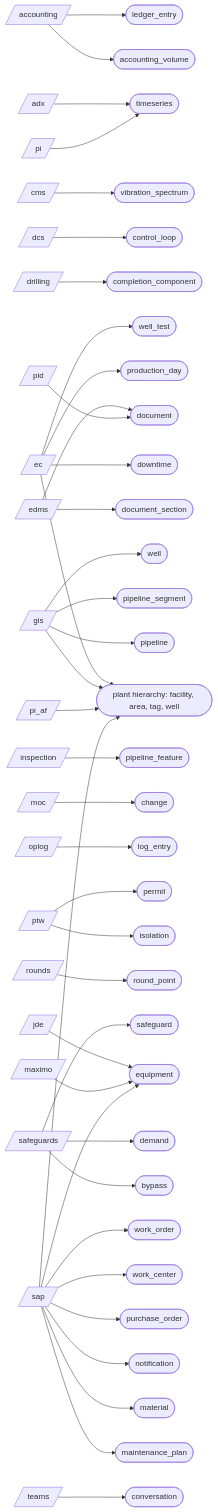
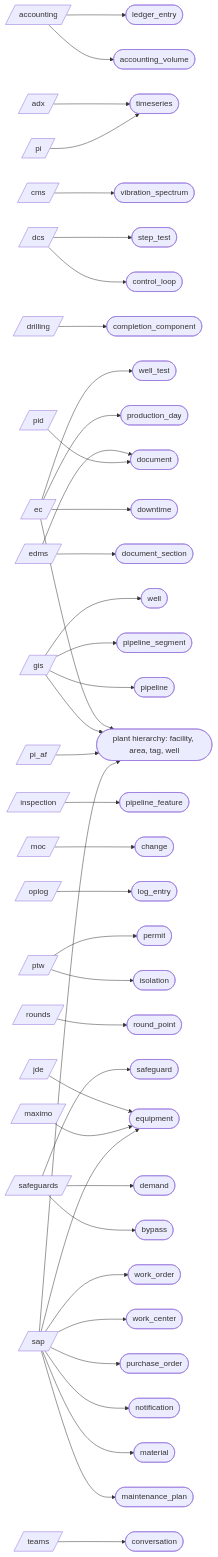
The second of 3 diagrams in docs/architecture.md (areed145/fuzer), drawn with Mermaid before and after one commit. The commit also changed other lines of this file and 20 other files, not shown here.

First line of the commit message:
Controller settings as dated values, step test records and a bounded high-rate read from PI or ADX (#358)

```diff
--- a/docs/architecture.md
+++ b/docs/architecture.md
@@ -126,6 +126,7 @@
   kind_purchase_order(["purchase_order"])
   kind_round_point(["round_point"])
   kind_safeguard(["safeguard"])
+  kind_step_test(["step_test"])
   kind_timeseries(["timeseries"])
   kind_vibration_spectrum(["vibration_spectrum"])
   kind_well(["well"])
@@ -137,6 +138,7 @@
   src_adx --> kind_timeseries
   src_cms --> kind_vibration_spectrum
   src_dcs --> kind_control_loop
+  src_dcs --> kind_step_test
   src_drilling --> kind_completion_component
   src_ec --> kind_downtime
   src_ec --> kind_plant_hierarchy__facility__area__tag__well
```
